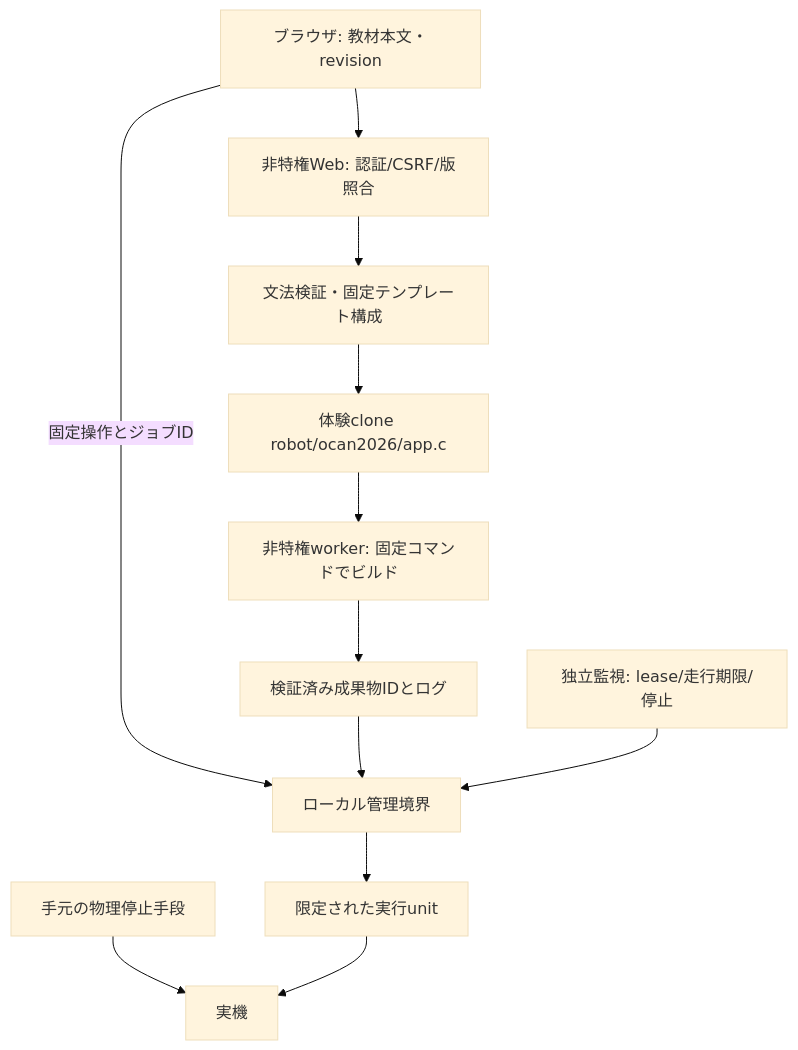
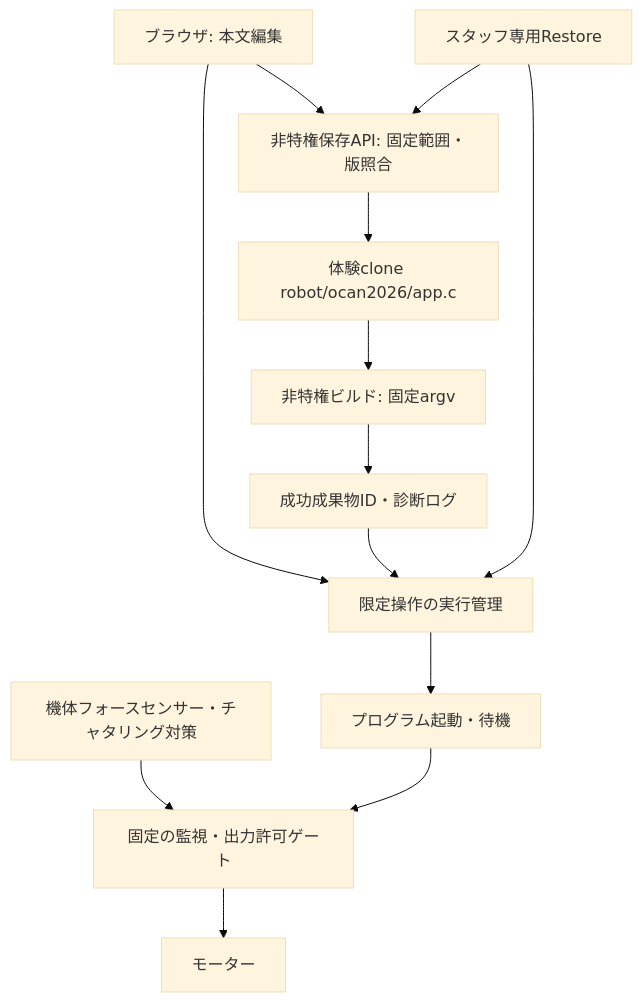
The diagram in docs/architecture/web-editor-feasibility.md (ise-nituc/raspike-spike-demo), drawn with Mermaid (base theme) before and after one commit. The commit also changed other lines of this file and 4 other files, not shown here.

````diff
--- a/docs/architecture/web-editor-feasibility.md
+++ b/docs/architecture/web-editor-feasibility.md
@@ -27,14 +31,15 @@
 ```mermaid
 flowchart TD
-  UI[ブラウザ: 教材本文・revision] --> Save[非特権Web: 認証/CSRF/版照合]
-  Save --> Validate[文法検証・固定テンプレート構成]
-  Validate --> Source[体験clone robot/ocan2026/app.c]
-  Source --> Build[非特権worker: 固定コマンドでビルド]
-  Build --> Artifact[検証済み成果物IDとログ]
-  UI -->|固定操作とジョブID| Manager[ローカル管理境界]
+  Browser[ブラウザ: 本文編集] --> Save[非特権保存API: 固定範囲・版照合]
+  Save --> Source[体験clone robot/ocan2026/app.c]
+  Source --> Build[非特権ビルド: 固定argv]
+  Build --> Artifact[成功成果物ID・診断ログ]
+  Browser --> Manager[限定操作の実行管理]
   Artifact --> Manager
-  Manager --> Systemd[限定された実行unit]
-  Lease[独立監視: lease/走行期限/停止] --> Manager
-  Stop[手元の物理停止手段] --> Robot[実機]
-  Systemd --> Robot
+  Manager --> Standby[プログラム起動・待機]
+  Button[機体フォースセンサー・チャタリング対策] --> Control[固定の監視・出力許可ゲート]
+  Control --> Motors[モーター]
+  Standby --> Control
+  Restore[スタッフ専用Restore] --> Manager
+  Restore --> Save
 ```
````
